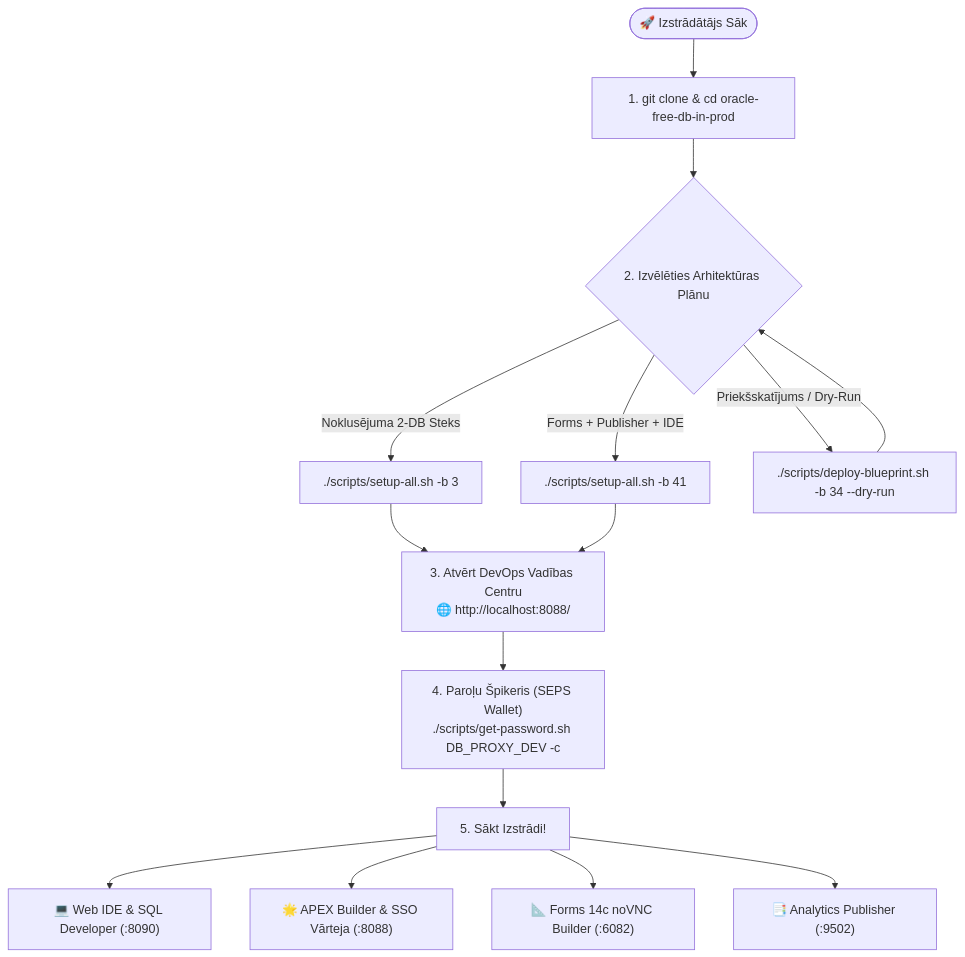
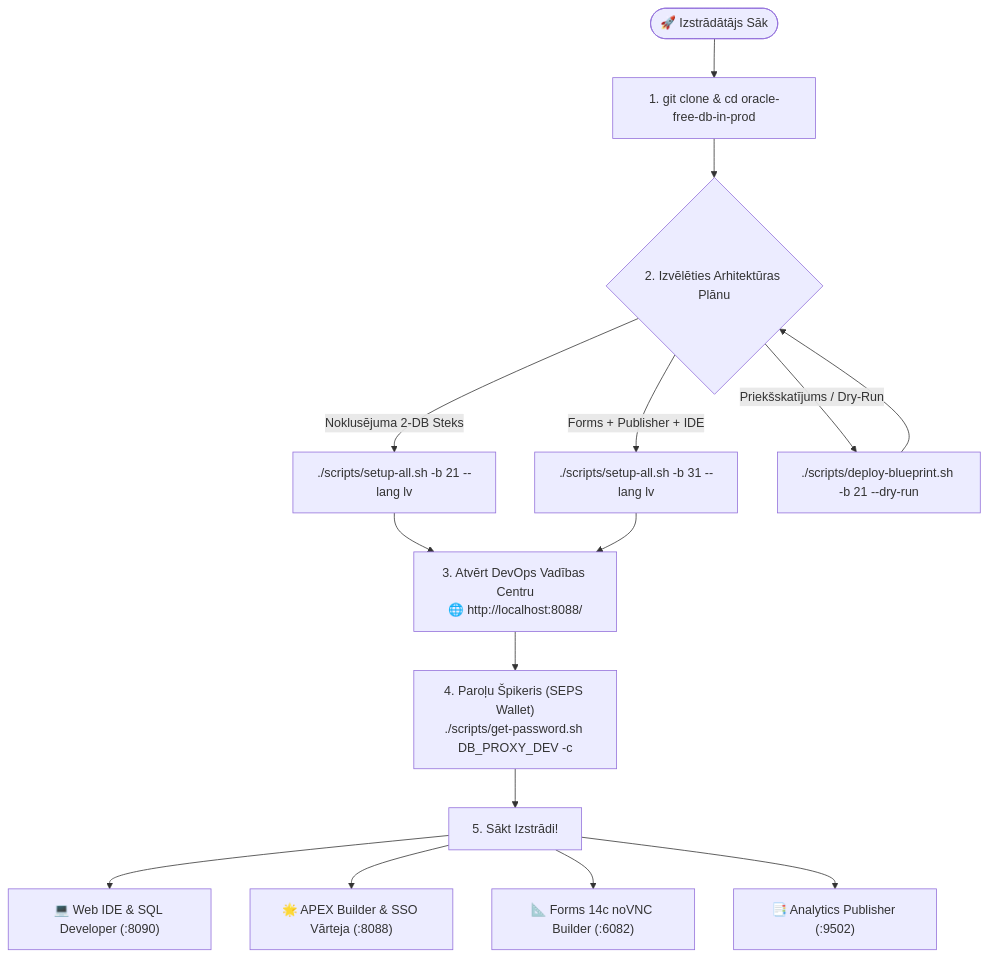
Before and after one commit to alahe/oracle-devops-platform: the first of 3 diagrams in docs/lv/README.md, drawn with Mermaid. The commit also changed other lines of this file and 280 other files, not shown here.

First line of the commit message:
feat(architecture): standardize 15 blueprints, enhance DR snapshot recovery & artifactory publishing

````diff
--- a/docs/lv/README.md
+++ b/docs/lv/README.md
@@ -26,21 +26,21 @@
 ```mermaid
 flowchart TD
     Start(["🚀 Izstrādātājs Sāk"]) --> Clone["1. git clone & cd oracle-free-db-in-prod"]
     Clone --> ChooseBP{"2. Izvēlēties Arhitektūras Plānu"}
     
-    ChooseBP -->|Noklusējuma 2-DB Steks| BP3["./scripts/setup-all.sh -b 3"]
-    ChooseBP -->|Forms + Publisher + IDE| BP41["./scripts/setup-all.sh -b 41"]
-    ChooseBP -->|Priekšskatījums / Dry-Run| BPDry["./scripts/deploy-blueprint.sh -b 34 --dry-run"]
+    ChooseBP -->|Noklusējuma 2-DB Steks| BP21["./scripts/setup-all.sh -b 21 --lang lv"]
+    ChooseBP -->|Forms + Publisher + IDE| BP31["./scripts/setup-all.sh -b 31 --lang lv"]
+    ChooseBP -->|Priekšskatījums / Dry-Run| BPDry["./scripts/deploy-blueprint.sh -b 21 --dry-run"]
     
-    BP3 --> DevHub["3. Atvērt DevOps Vadības Centru<br/>🌐 http://localhost:8088/"]
-    BP41 --> DevHub
+    BP21 --> DevHub["3. Atvērt DevOps Vadības Centru<br/>🌐 http://localhost:8088/"]
+    BP31 --> DevHub
     BPDry --> ChooseBP
     
     DevHub --> PwdSpikker["4. Paroļu Špikeris (SEPS Wallet)<br/>./scripts/get-password.sh DB_PROXY_DEV -c"]
     
     PwdSpikker --> DevWork["5. Sākt Izstrādi!"]
     DevWork --> WorkIDE["💻 Web IDE & SQL Developer (:8090)"]
     DevWork --> WorkAPEX["🌟 APEX Builder & SSO Vārteja (:8088)"]
     DevWork --> WorkForms["📐 Forms 14c noVNC Builder (:6082)"]
     DevWork --> WorkPub["📑 Analytics Publisher (:9502)"]
 ```
````
